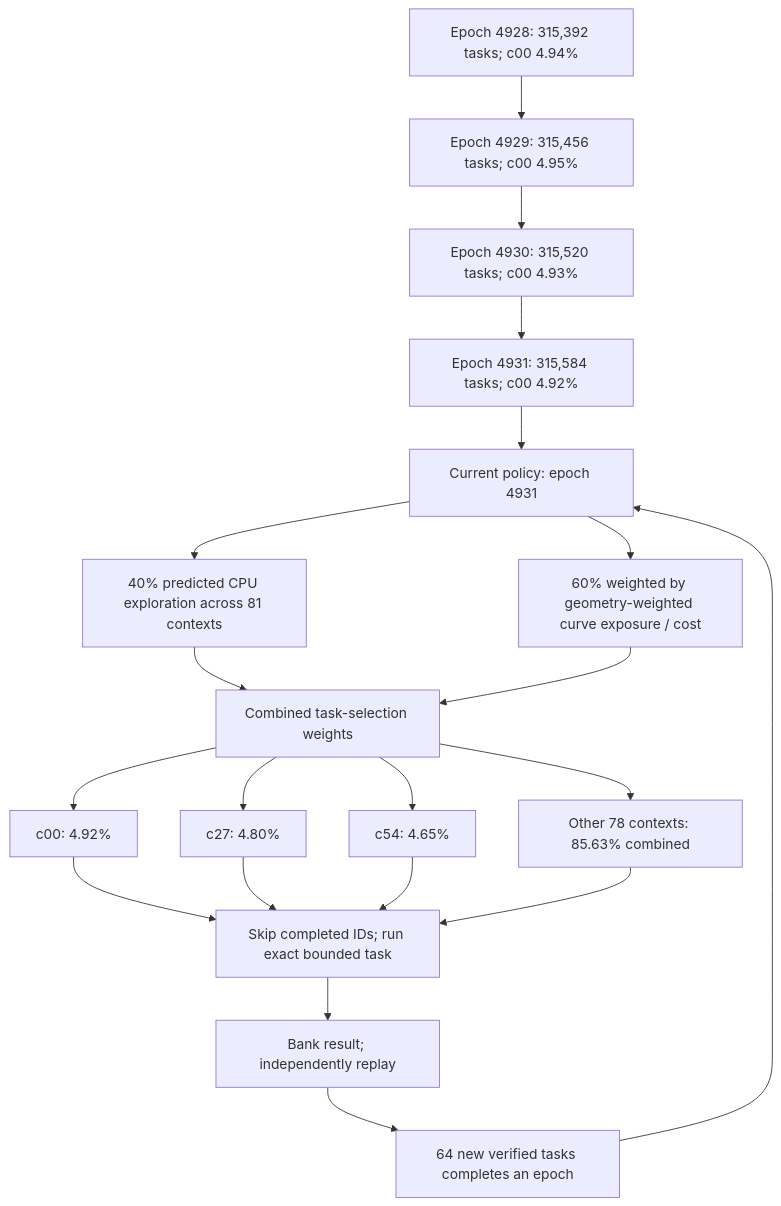
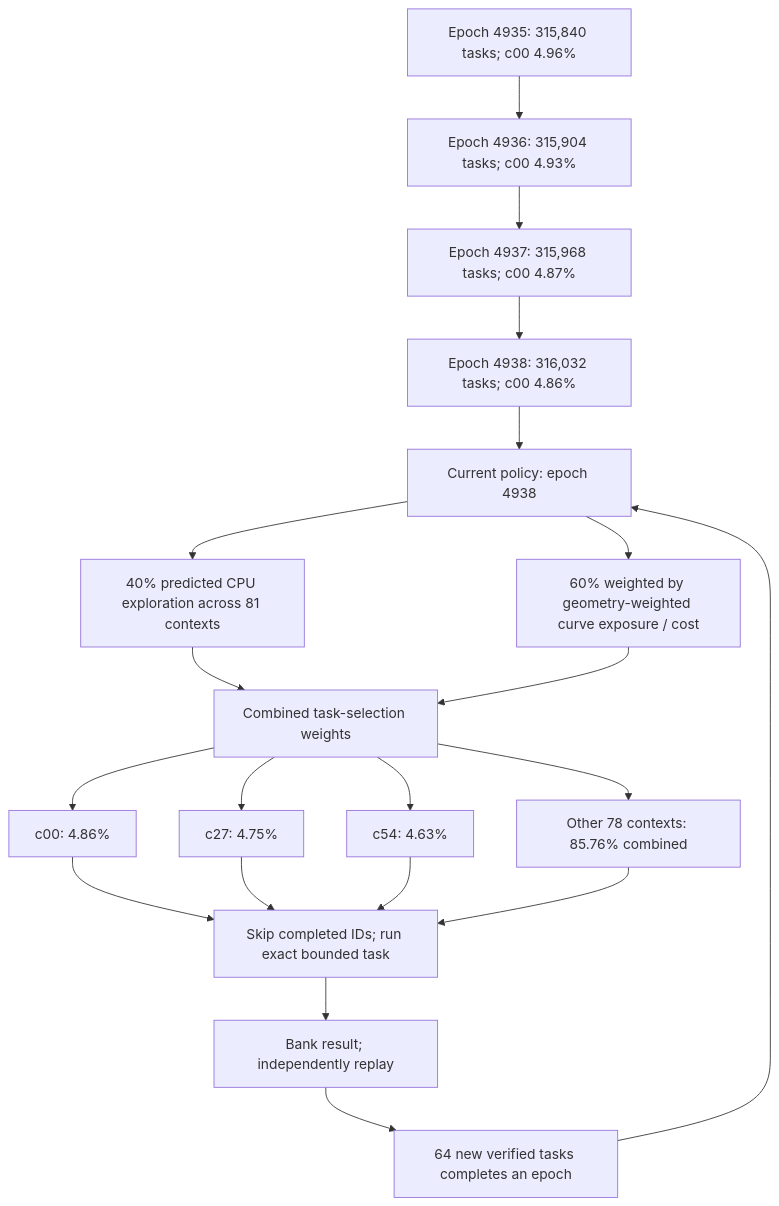
One commit to Kuberwastaken/math-gambling changed the first of 3 diagrams in README.md. Above: the diagram before and after it, drawn with Mermaid. The commit also changed other lines of this file and 2128 other files, not shown here.

````diff
--- a/README.md
+++ b/README.md
@@ -60,27 +60,27 @@
 ```mermaid
 flowchart TD
-    H0["Epoch 4928: 315,392 tasks; c00 4.94%"]
-    H1["Epoch 4929: 315,456 tasks; c00 4.95%"]
+    H0["Epoch 4935: 315,840 tasks; c00 4.96%"]
+    H1["Epoch 4936: 315,904 tasks; c00 4.93%"]
     H0 --> H1
-    H2["Epoch 4930: 315,520 tasks; c00 4.93%"]
+    H2["Epoch 4937: 315,968 tasks; c00 4.87%"]
     H1 --> H2
-    H3["Epoch 4931: 315,584 tasks; c00 4.92%"]
+    H3["Epoch 4938: 316,032 tasks; c00 4.86%"]
     H2 --> H3
-    Policy["Current policy: epoch 4931"]
+    Policy["Current policy: epoch 4938"]
     H3 --> Policy
     Policy --> Explore["40% predicted CPU exploration across 81 contexts"]
     Policy --> Cost["60% weighted by geometry-weighted curve exposure / cost"]
     Explore --> Mix["Combined task-selection weights"]
     Cost --> Mix
-    Mix --> C0["c00: 4.92%"]
-    Mix --> C1["c27: 4.80%"]
-    Mix --> C2["c54: 4.65%"]
-    Mix --> Rest["Other 78 contexts: 85.63% combined"]
+    Mix --> C0["c00: 4.86%"]
+    Mix --> C1["c27: 4.75%"]
+    Mix --> C2["c54: 4.63%"]
+    Mix --> Rest["Other 78 contexts: 85.76% combined"]
     C0 --> Check["Skip completed IDs; run exact bounded task"]
     C1 --> Check
     C2 --> Check
     Rest --> Check
     Check --> Replay["Bank result; independently replay"]
     Replay --> Gate["64 new verified tasks completes an epoch"]
     Gate --> Policy
 ```
````
